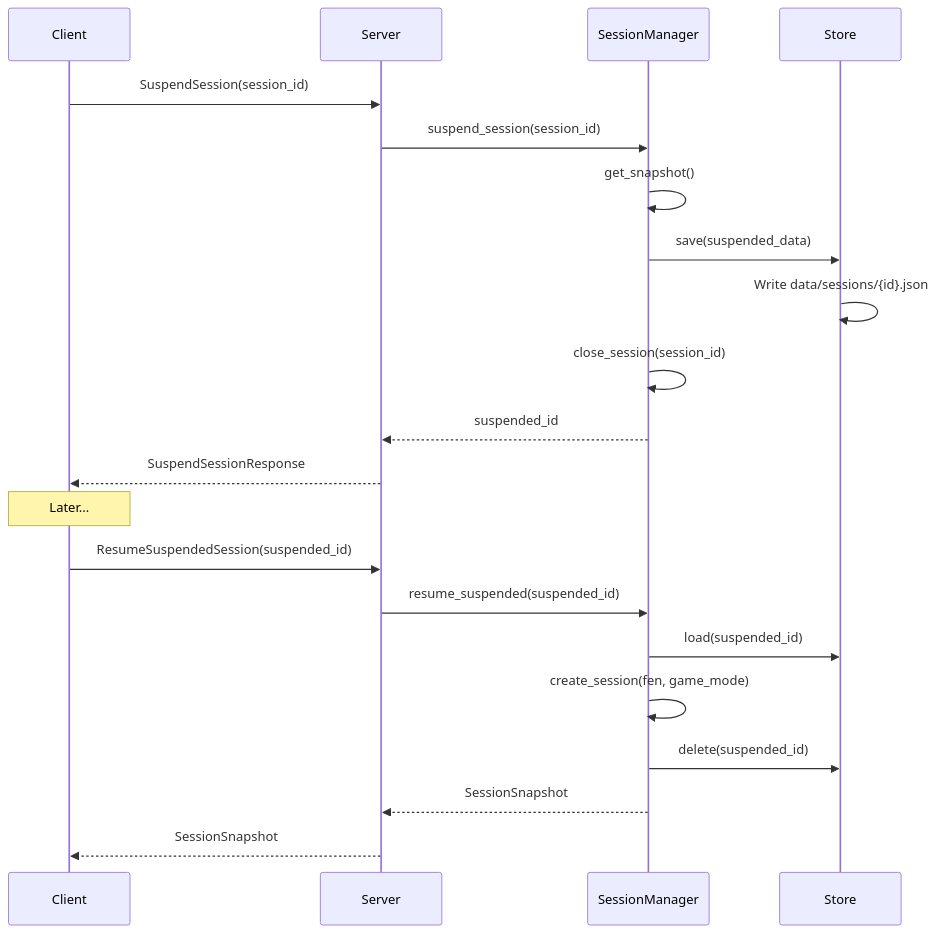
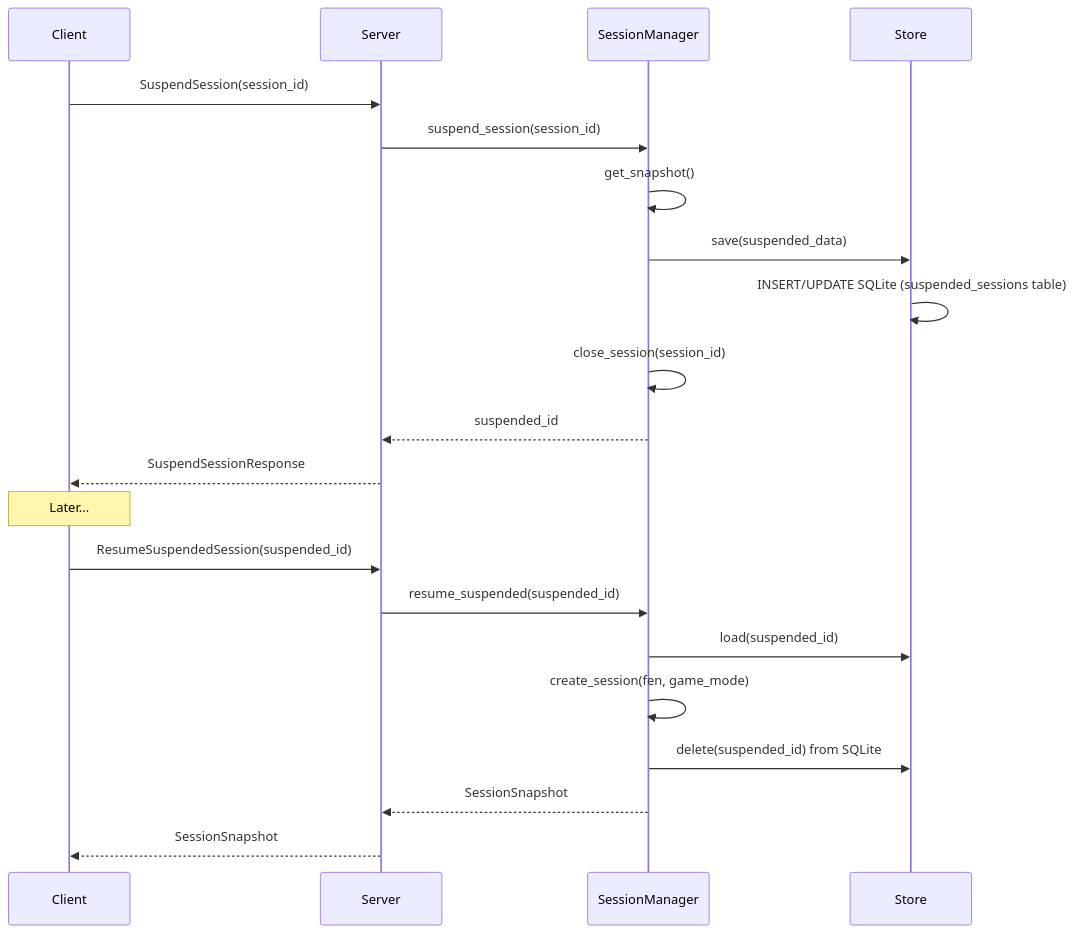
One commit to benediktms/chesstty changed the third of 3 diagrams in proto/README.md. Above: the diagram before and after it, drawn with Mermaid. The commit also changed other lines of this file and 4 other files, not shown here.

````diff
--- a/proto/README.md
+++ b/proto/README.md
@@ -193,26 +194,26 @@
 ```mermaid
 sequenceDiagram
     participant Client
     participant Server
     participant SessionManager
     participant Store
 
     Client->>Server: SuspendSession(session_id)
     Server->>SessionManager: suspend_session(session_id)
     SessionManager->>SessionManager: get_snapshot()
     SessionManager->>Store: save(suspended_data)
-    Store->>Store: Write data/sessions/{id}.json
+    Store->>Store: INSERT/UPDATE SQLite (suspended_sessions table)
     SessionManager->>SessionManager: close_session(session_id)
     SessionManager-->>Server: suspended_id
     Server-->>Client: SuspendSessionResponse
 
     Note over Client: Later...
 
     Client->>Server: ResumeSuspendedSession(suspended_id)
     Server->>SessionManager: resume_suspended(suspended_id)
     SessionManager->>Store: load(suspended_id)
     SessionManager->>SessionManager: create_session(fen, game_mode)
-    SessionManager->>Store: delete(suspended_id)
+    SessionManager->>Store: delete(suspended_id) from SQLite
     SessionManager-->>Server: SessionSnapshot
     Server-->>Client: SessionSnapshot
 ```
````
